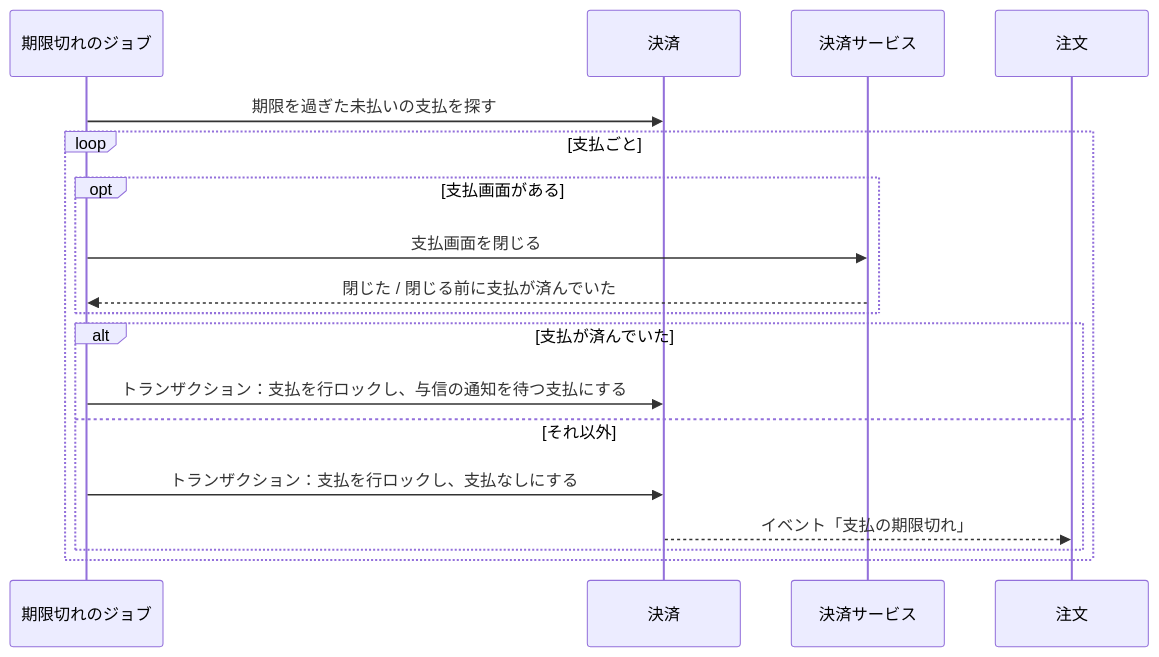
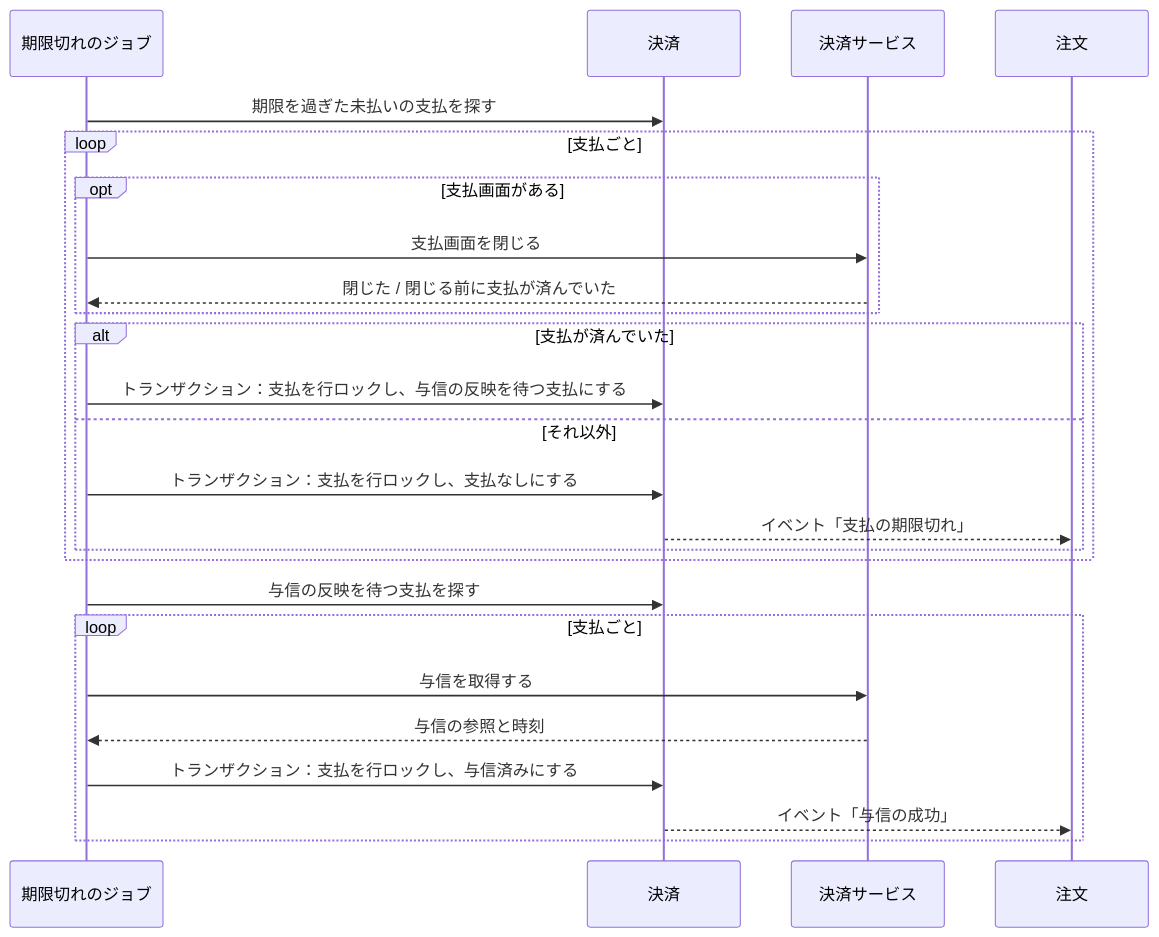
The third of 5 diagrams in docs/02-設計/payment.md (roger88106/ec-site), drawn with Mermaid before and after one commit. The commit also changed other lines of this file and 5 other files, not shown here.

````diff
--- a/docs/02-設計/payment.md
+++ b/docs/02-設計/payment.md
@@ -154,20 +156,27 @@
 ```mermaid
 sequenceDiagram
     participant J as 期限切れのジョブ
     participant P as 決済
     participant G as 決済サービス
     participant O as 注文
     J->>P: 期限を過ぎた未払いの支払を探す
     loop 支払ごと
         opt 支払画面がある
             J->>G: 支払画面を閉じる
             G-->>J: 閉じた / 閉じる前に支払が済んでいた
         end
         alt 支払が済んでいた
-            J->>P: トランザクション：支払を行ロックし、与信の通知を待つ支払にする
+            J->>P: トランザクション：支払を行ロックし、与信の反映を待つ支払にする
         else それ以外
             J->>P: トランザクション：支払を行ロックし、支払なしにする
             P-->>O: イベント「支払の期限切れ」
         end
     end
+    J->>P: 与信の反映を待つ支払を探す
+    loop 支払ごと
+        J->>G: 与信を取得する
+        G-->>J: 与信の参照と時刻
+        J->>P: トランザクション：支払を行ロックし、与信済みにする
+        P-->>O: イベント「与信の成功」
+    end
 ```
````
